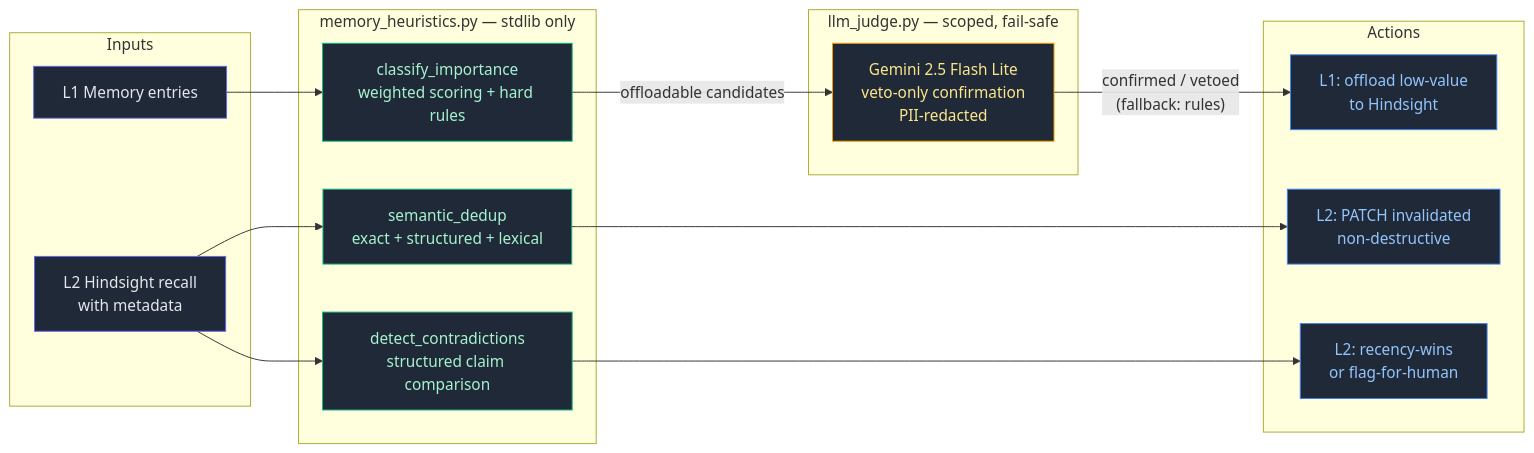
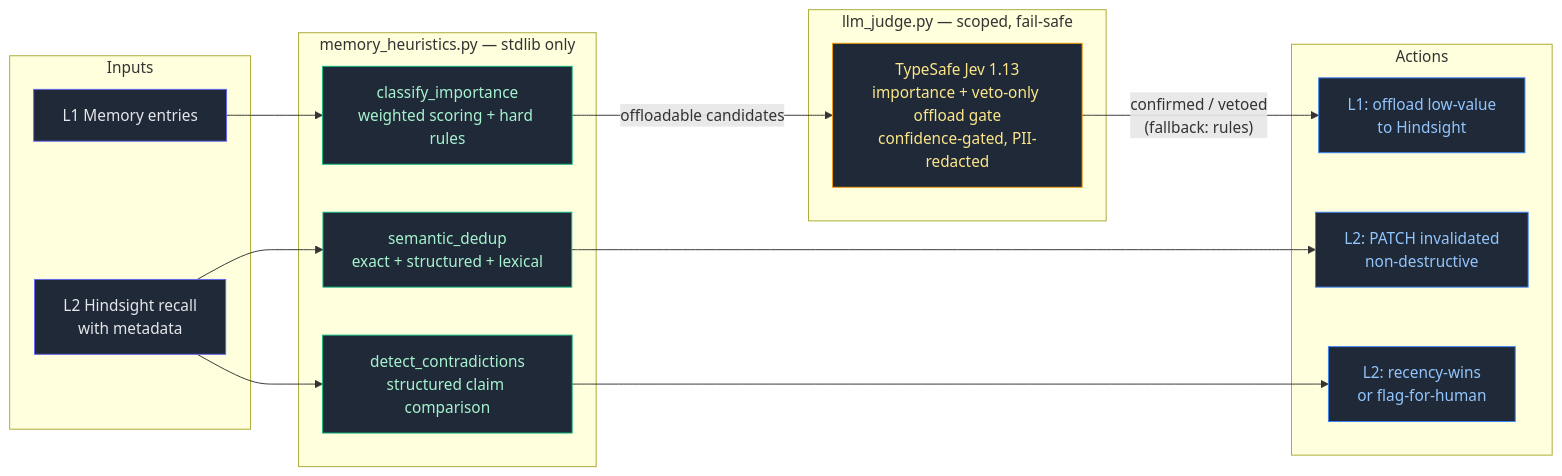
The first of 2 diagrams in README.md (Green-Needle-Tech/agent-memory-optimization), drawn with Mermaid before and after one commit. The commit also changed other lines of this file and 7 other files, not shown here.

First line of the commit message:
feat: TypeSafe Jev (System One) judge for importance classification + offload gate (v3.6)

````diff
--- a/README.md
+++ b/README.md
@@ -75,41 +90,41 @@
 ```mermaid
 flowchart LR
     subgraph Inputs
         MEM1[L1 Memory entries]
         MEM2[L2 Hindsight recall<br/>with metadata]
     end
 
     subgraph Heuristics["memory_heuristics.py — stdlib only"]
         IC[classify_importance<br/>weighted scoring + hard rules]
         SD[semantic_dedup<br/>exact + structured + lexical]
         CD[detect_contradictions<br/>structured claim comparison]
     end
 
     subgraph Judge["llm_judge.py — scoped, fail-safe"]
-        J[Gemini 2.5 Flash Lite<br/>veto-only confirmation<br/>PII-redacted]
+        J[TypeSafe Jev 1.13<br/>importance + veto-only offload gate<br/>confidence-gated, PII-redacted]
     end
 
     subgraph Actions
         A1[L1: offload low-value<br/>to Hindsight]
         A2[L2: PATCH invalidated<br/>non-destructive]
         A3[L2: recency-wins<br/>or flag-for-human]
     end
 
     MEM1 --> IC
     MEM2 --> SD
     MEM2 --> CD
 
     IC -->|"offloadable candidates"| J
     J -->|"confirmed / vetoed<br/>(fallback: rules)"| A1
     SD --> A2
     CD --> A3
 
     classDef input fill:#1f2937,stroke:#6366f1,color:#e5e7eb
     classDef heur fill:#1f2937,stroke:#10b981,color:#a7f3d0
     classDef judge fill:#1f2937,stroke:#f59e0b,color:#fde68a
     classDef action fill:#1f2937,stroke:#3b82f6,color:#93c5fd
     class MEM1,MEM2 input
     class IC,SD,CD heur
     class J judge
     class A1,A2,A3 action
 ```
````
